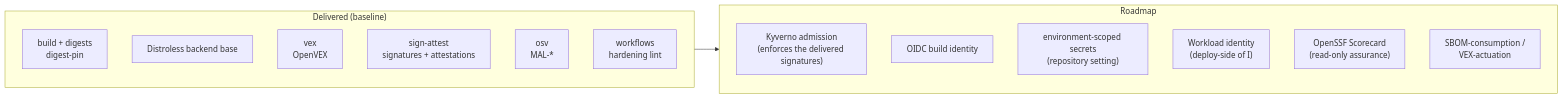
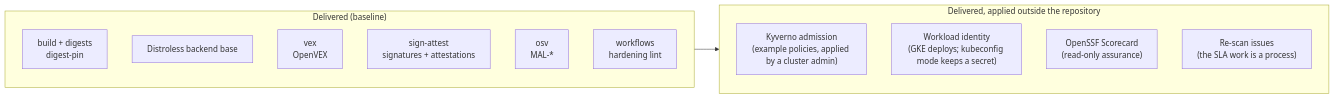
Before and after one commit to berserkhmdvhb/fullstack_template: the diagram in wiki/ROADMAP-supply-chain.md, drawn with Mermaid. The commit also changed other lines of this file and 26 other files, not shown here.

````diff
--- a/wiki/ROADMAP-supply-chain.md
+++ b/wiki/ROADMAP-supply-chain.md
@@ -156,21 +139,19 @@
 ```mermaid
 flowchart LR
     subgraph Delivered["Delivered (baseline)"]
         V["build + digests<br/>digest-pin"]
         D["Distroless backend base"]
         X["vex<br/>OpenVEX"]
         S["sign-attest<br/>signatures + attestations"]
         M["osv<br/>MAL-*"] & H["workflows<br/>hardening lint"]
     end
 
-    subgraph Roadmap["Roadmap"]
-        K["Kyverno admission<br/>(enforces the delivered signatures)"]
-        I["OIDC build identity"]
-        P["environment-scoped secrets<br/>(repository setting)"]
-        W["Workload identity<br/>(deploy-side of I)"]
+    subgraph Roadmap["Delivered, applied outside the repository"]
+        K["Kyverno admission<br/>(example policies, applied by a cluster admin)"]
+        W["Workload identity<br/>(GKE deploys; kubeconfig mode keeps a secret)"]
         SC["OpenSSF Scorecard<br/>(read-only assurance)"]
-        SB["SBOM-consumption /<br/>VEX-actuation"]
+        SB["Re-scan issues<br/>(the SLA work is a process)"]
     end
 
     Delivered --> Roadmap
 ```
````
